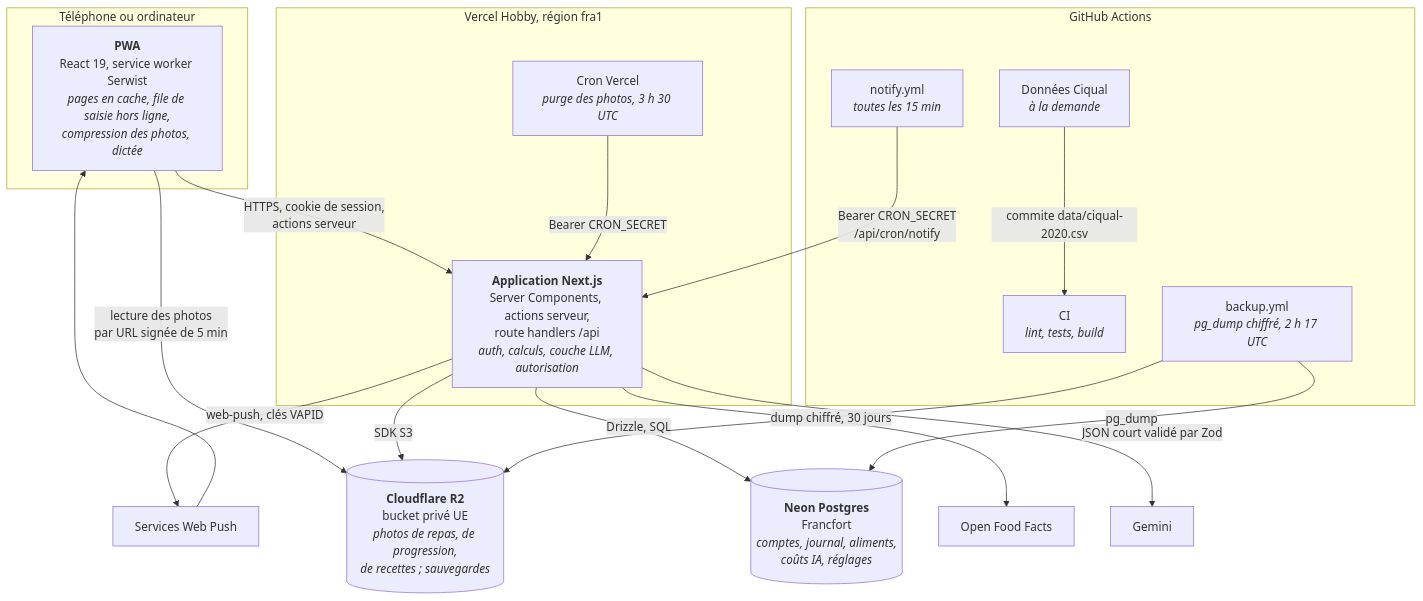
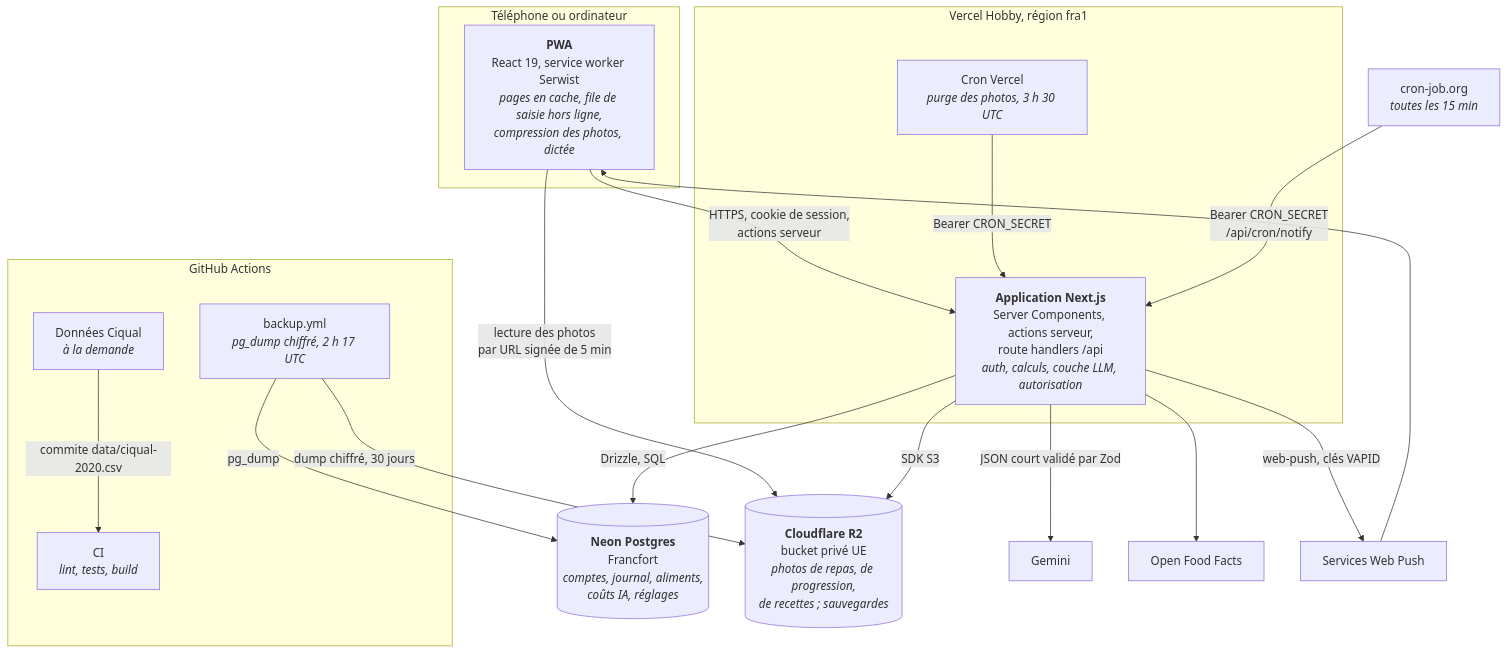
One commit to adelzemouri/satia changed the second of 2 diagrams in docs/ARCHITECTURE.md. Above: the diagram before and after it, drawn with Mermaid. The commit also changed other lines of this file and 3 other files, not shown here.

First line of the commit message:
ci: reminders triggered by cron-job.org instead of GitHub Actions

````diff
--- a/docs/ARCHITECTURE.md
+++ b/docs/ARCHITECTURE.md
@@ -49,39 +49,38 @@
 ```mermaid
 flowchart TB
     subgraph tel["Téléphone ou ordinateur"]
         pwa["<b>PWA</b><br/>React 19, service worker Serwist<br/><i>pages en cache, file de saisie hors ligne,<br/>compression des photos, dictée</i>"]
     end
 
     subgraph vercel["Vercel Hobby, région fra1"]
         next["<b>Application Next.js</b><br/>Server Components, actions serveur,<br/>route handlers /api<br/><i>auth, calculs, couche LLM, autorisation</i>"]
         vcron["Cron Vercel<br/><i>purge des photos, 3 h 30 UTC</i>"]
     end
 
     subgraph gha["GitHub Actions"]
         ci["CI<br/><i>lint, tests, build</i>"]
-        notify["notify.yml<br/><i>toutes les 15 min</i>"]
         backup["backup.yml<br/><i>pg_dump chiffré, 2 h 17 UTC</i>"]
         ciqualwf["Données Ciqual<br/><i>à la demande</i>"]
     end
 
     neon[("<b>Neon Postgres</b><br/>Francfort<br/><i>comptes, journal, aliments,<br/>coûts IA, réglages</i>")]
     r2[("<b>Cloudflare R2</b><br/>bucket privé UE<br/><i>photos de repas, de progression,<br/>de recettes ; sauvegardes</i>")]
 
     gemini["Gemini"]
     offapi["Open Food Facts"]
     pushsvc["Services Web Push"]
 
     pwa -->|"HTTPS, cookie de session,<br/>actions serveur"| next
     pwa -->|"lecture des photos<br/>par URL signée de 5 min"| r2
     next -->|"Drizzle, SQL"| neon
     next -->|"SDK S3"| r2
     next -->|"JSON court validé par Zod"| gemini
     next --> offapi
     next -->|"web-push, clés VAPID"| pushsvc
     pushsvc --> pwa
     vcron -->|"Bearer CRON_SECRET"| next
-    notify -->|"Bearer CRON_SECRET<br/>/api/cron/notify"| next
+    cronjob["cron-job.org<br/><i>toutes les 15 min</i>"] -->|"Bearer CRON_SECRET<br/>/api/cron/notify"| next
     backup -->|"pg_dump"| neon
     backup -->|"dump chiffré, 30 jours"| r2
     ciqualwf -->|"commite data/ciqual-2020.csv"| ci
 ```
````
